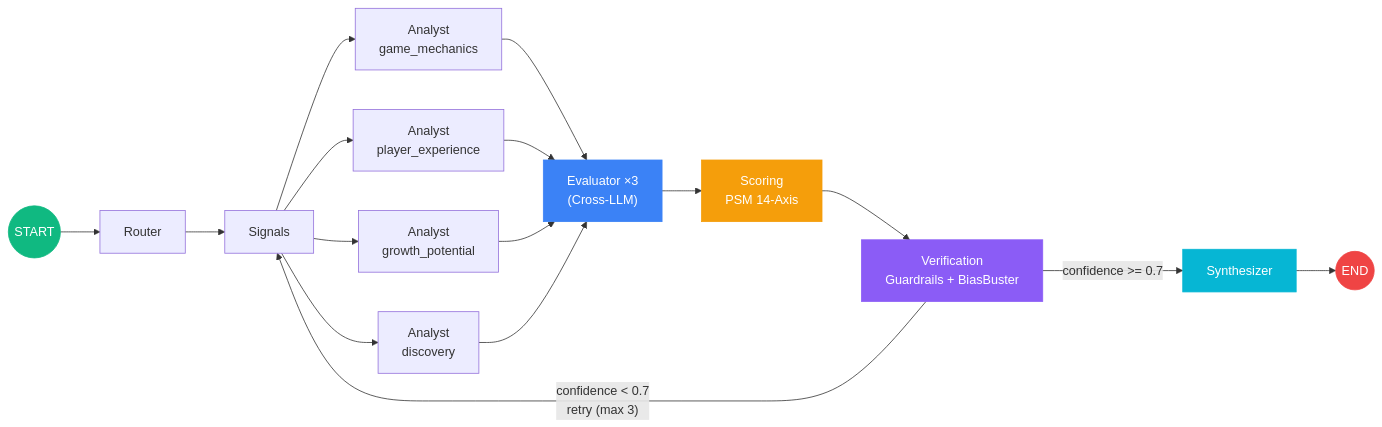
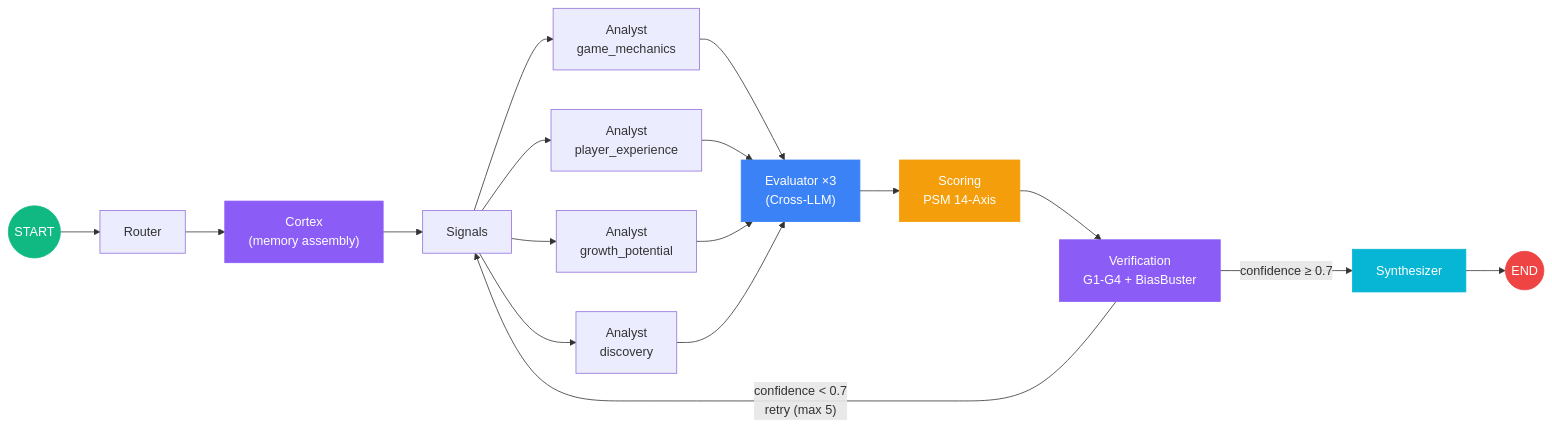
The second of 7 diagrams in README.md (mangowhoiscloud/geode), drawn with Mermaid before and after one commit. The commit also changed other lines of this file and 1 other file, not shown here.

First line of the commit message:
docs: comprehensive README v0.7.0 update with mermaid diagrams

````diff
--- a/README.md
+++ b/README.md
@@ -97,25 +104,27 @@
 ```mermaid
 graph LR
     START((START)) --> Router
-    Router --> Signals
+    Router --> Cortex["Cortex<br/>(memory assembly)"]
+    Cortex --> Signals
     Signals --> A1["Analyst<br/>game_mechanics"]
     Signals --> A2["Analyst<br/>player_experience"]
     Signals --> A3["Analyst<br/>growth_potential"]
     Signals --> A4["Analyst<br/>discovery"]
     A1 --> Eval["Evaluator ×3<br/>(Cross-LLM)"]
     A2 --> Eval
     A3 --> Eval
     A4 --> Eval
     Eval --> Scoring["Scoring<br/>PSM 14-Axis"]
-    Scoring --> Verify["Verification<br/>Guardrails + BiasBuster"]
-    Verify -->|"confidence >= 0.7"| Synth["Synthesizer"]
-    Verify -->|"confidence < 0.7<br/>retry (max 3)"| Signals
+    Scoring --> Verify["Verification<br/>G1-G4 + BiasBuster"]
+    Verify -->|"confidence ≥ 0.7"| Synth["Synthesizer"]
+    Verify -->|"confidence < 0.7<br/>retry (max 5)"| Signals
     Synth --> END((END))
 
     style START fill:#10b981,stroke:#10b981,color:#fff
     style END fill:#ef4444,stroke:#ef4444,color:#fff
+    style Cortex fill:#8b5cf6,stroke:#8b5cf6,color:#fff
     style Eval fill:#3b82f6,stroke:#3b82f6,color:#fff
     style Scoring fill:#f59e0b,stroke:#f59e0b,color:#fff
     style Verify fill:#8b5cf6,stroke:#8b5cf6,color:#fff
     style Synth fill:#06b6d4,stroke:#06b6d4,color:#fff
 ```
````
